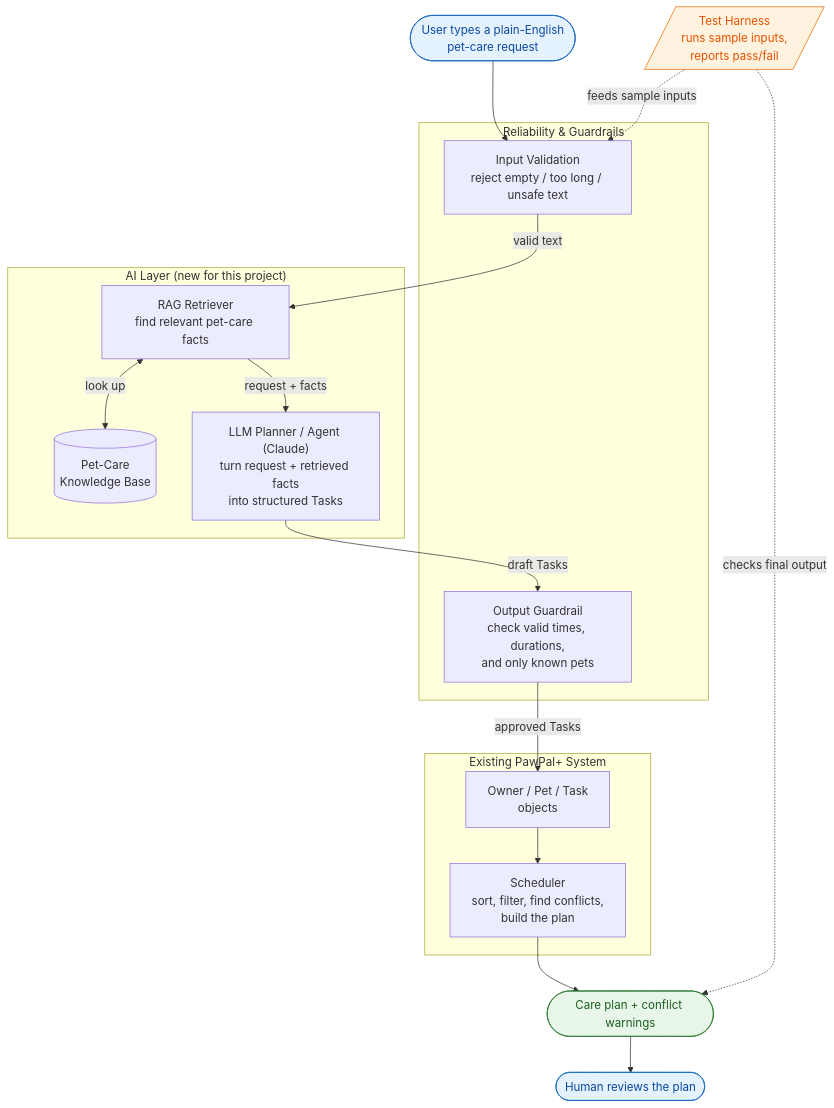
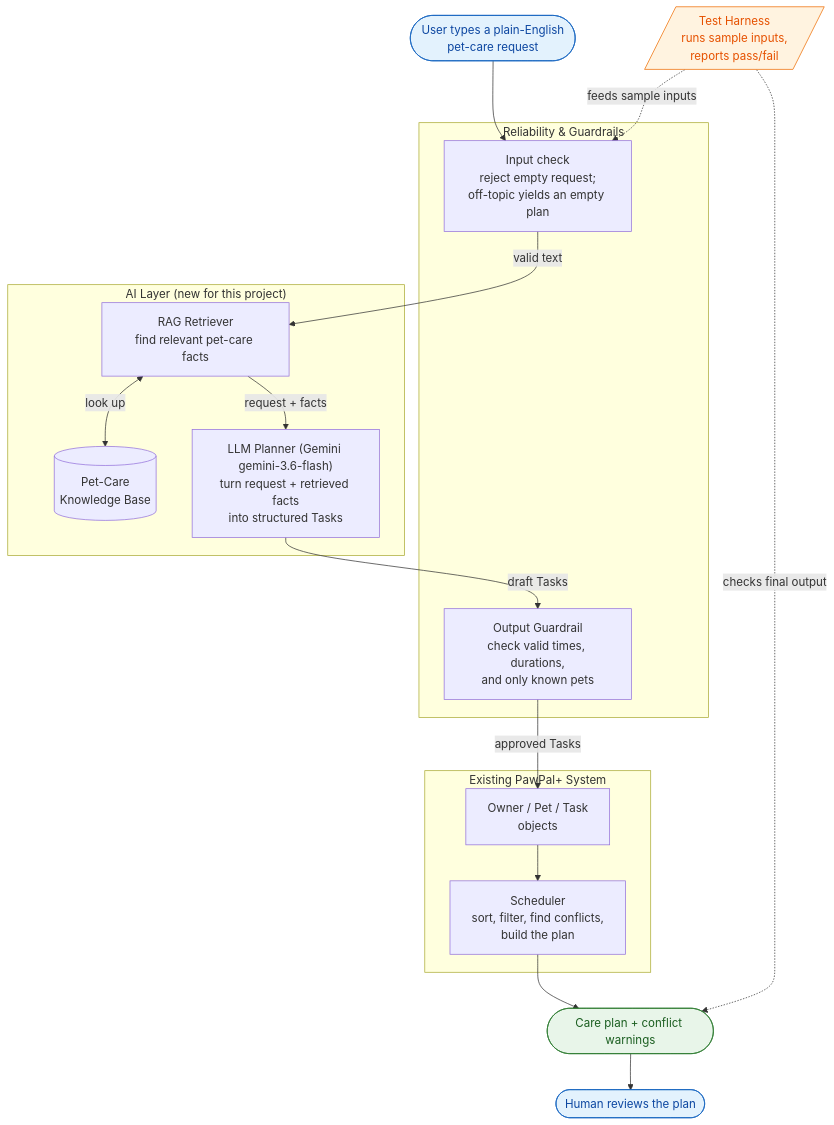
The diagram in diagrams/architecture.mmd (EversonAlijaya/applied-ai-system-project), drawn with Mermaid before and after one commit.

Commit message:
docs: correct architecture diagram to match implementation (Gemini, input handling)

```diff
--- a/diagrams/architecture.mmd
+++ b/diagrams/architecture.mmd
@@ -1,43 +1,43 @@
 %% PawPal+ Applied AI System - System Architecture
 %% Data flow: plain-English request -> validate -> retrieve facts -> plan with LLM -> validate -> schedule -> plan output -> human review
 %% This diagram matches the actual implementation (see pawpal_system.py, ai_planner.py, app.py).
 
 flowchart TD
     User([User types a plain-English<br/>pet-care request]):::human
 
     subgraph Guards["Reliability & Guardrails"]
-        InputCheck["Input Validation<br/>reject empty / too long / unsafe text"]
+        InputCheck["Input check<br/>reject empty request;<br/>off-topic yields an empty plan"]
         OutputCheck["Output Guardrail<br/>check valid times, durations,<br/>and only known pets"]
     end
 
     subgraph AI["AI Layer (new for this project)"]
         Retriever["RAG Retriever<br/>find relevant pet-care facts"]
         KB[("Pet-Care<br/>Knowledge Base")]
-        Planner["LLM Planner / Agent (Claude)<br/>turn request + retrieved facts<br/>into structured Tasks"]
+        Planner["LLM Planner (Gemini gemini-3.6-flash)<br/>turn request + retrieved facts<br/>into structured Tasks"]
     end
 
     subgraph Core["Existing PawPal+ System"]
         Objects["Owner / Pet / Task<br/>objects"]
         Scheduler["Scheduler<br/>sort, filter, find conflicts,<br/>build the plan"]
     end
 
     Plan([Care plan + conflict warnings]):::output
     Human([Human reviews the plan]):::human
     Tests[/"Test Harness<br/>runs sample inputs,<br/>reports pass/fail"/]:::test
 
     User --> InputCheck
     InputCheck -->|valid text| Retriever
     Retriever <-->|look up| KB
     Retriever -->|request + facts| Planner
     Planner -->|draft Tasks| OutputCheck
     OutputCheck -->|approved Tasks| Objects
     Objects --> Scheduler
     Scheduler --> Plan
     Plan --> Human
 
     Tests -.->|feeds sample inputs| InputCheck
     Tests -.->|checks final output| Plan
 
     classDef human fill:#e3f2fd,stroke:#1565c0,color:#0d47a1;
     classDef output fill:#e8f5e9,stroke:#2e7d32,color:#1b5e20;
     classDef test fill:#fff3e0,stroke:#ef6c00,color:#e65100;
```
